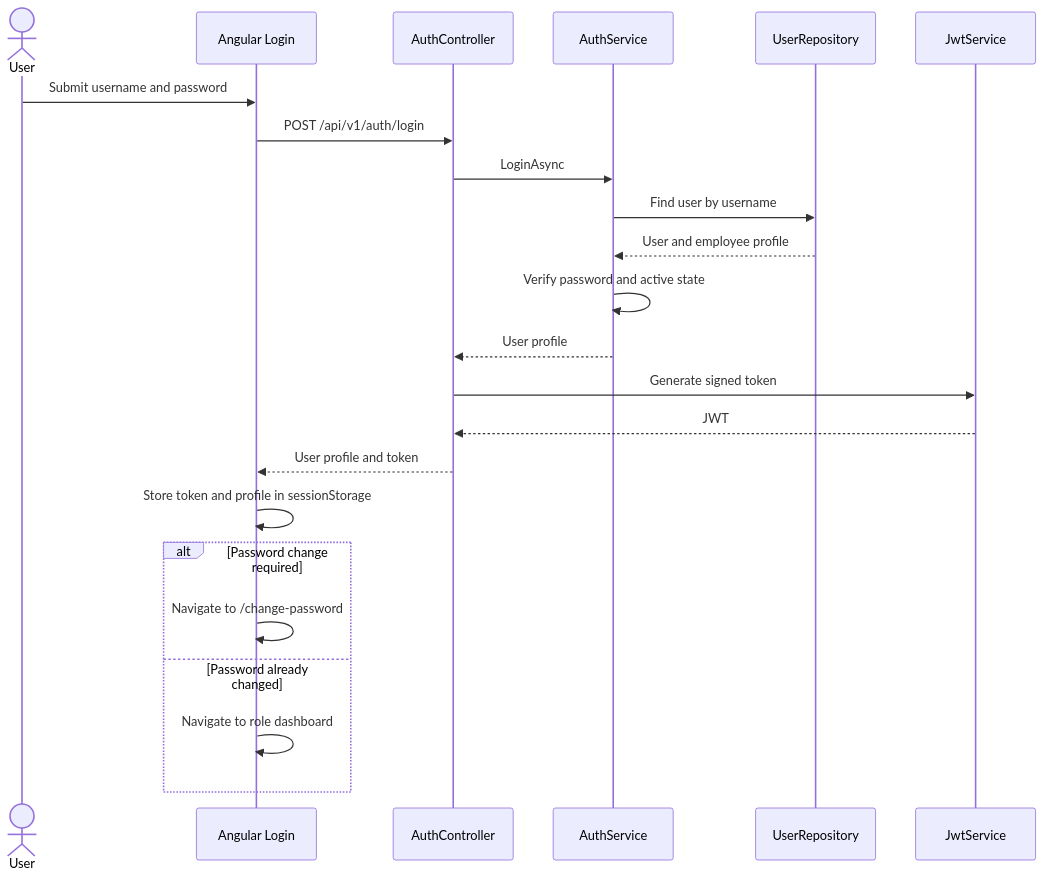
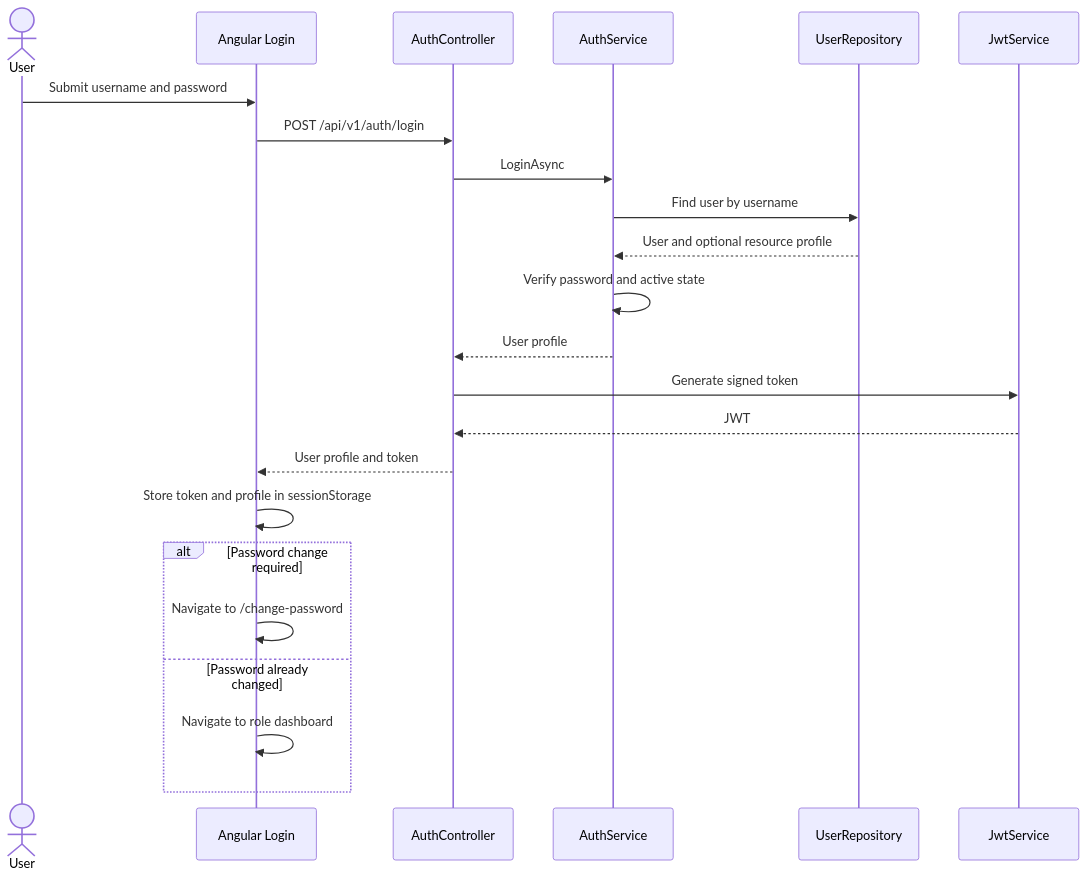
Before and after one commit to AayushGargITT/AayushGarg-LearnCode-2025-26: the third of 17 diagrams in ResourceMindAi/readme.md, drawn with Mermaid. The commit also changed other lines of this file and 35 other files, not shown here.

First line of the commit message:
refactor(domain): rename Employee to ResourceProfile and simplify entity model

````diff
--- a/ResourceMindAi/readme.md
+++ b/ResourceMindAi/readme.md
@@ -104,27 +104,27 @@
 ```mermaid
 sequenceDiagram
     actor User
     participant UI as Angular Login
     participant Auth as AuthController
     participant Service as AuthService
     participant Repo as UserRepository
     participant JWT as JwtService
 
     User->>UI: Submit username and password
     UI->>Auth: POST /api/v1/auth/login
     Auth->>Service: LoginAsync
     Service->>Repo: Find user by username
-    Repo-->>Service: User and employee profile
+    Repo-->>Service: User and optional resource profile
     Service->>Service: Verify password and active state
     Service-->>Auth: User profile
     Auth->>JWT: Generate signed token
     JWT-->>Auth: JWT
     Auth-->>UI: User profile and token
     UI->>UI: Store token and profile in sessionStorage
 
     alt Password change required
         UI->>UI: Navigate to /change-password
     else Password already changed
         UI->>UI: Navigate to role dashboard
     end
 ```
````
